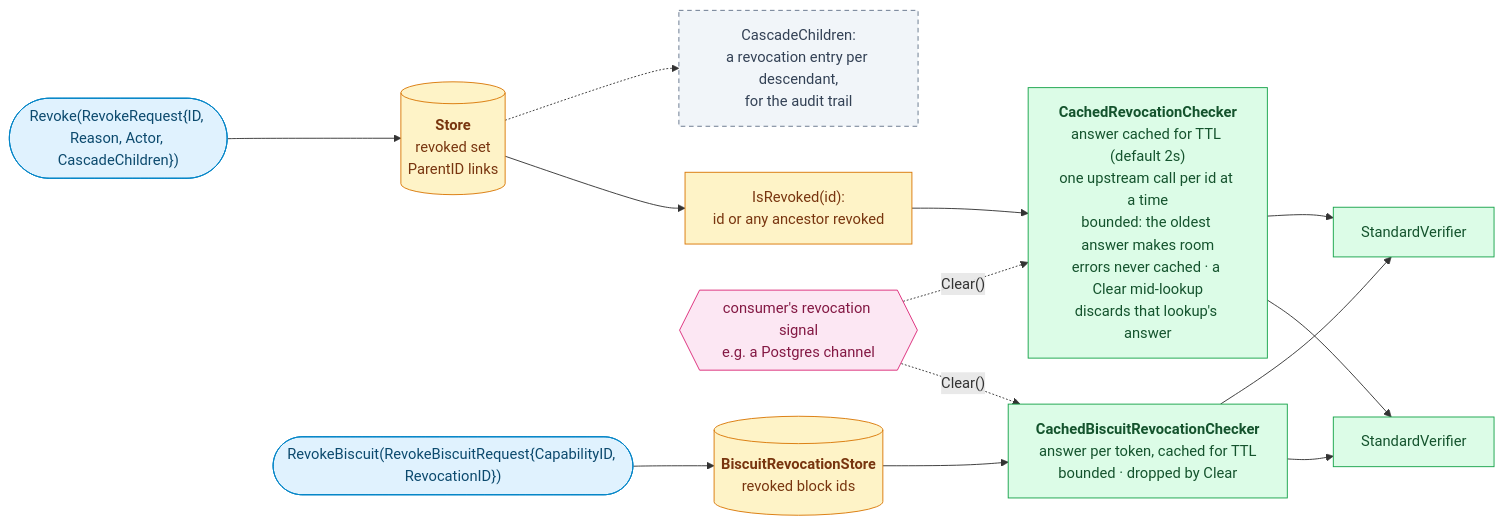
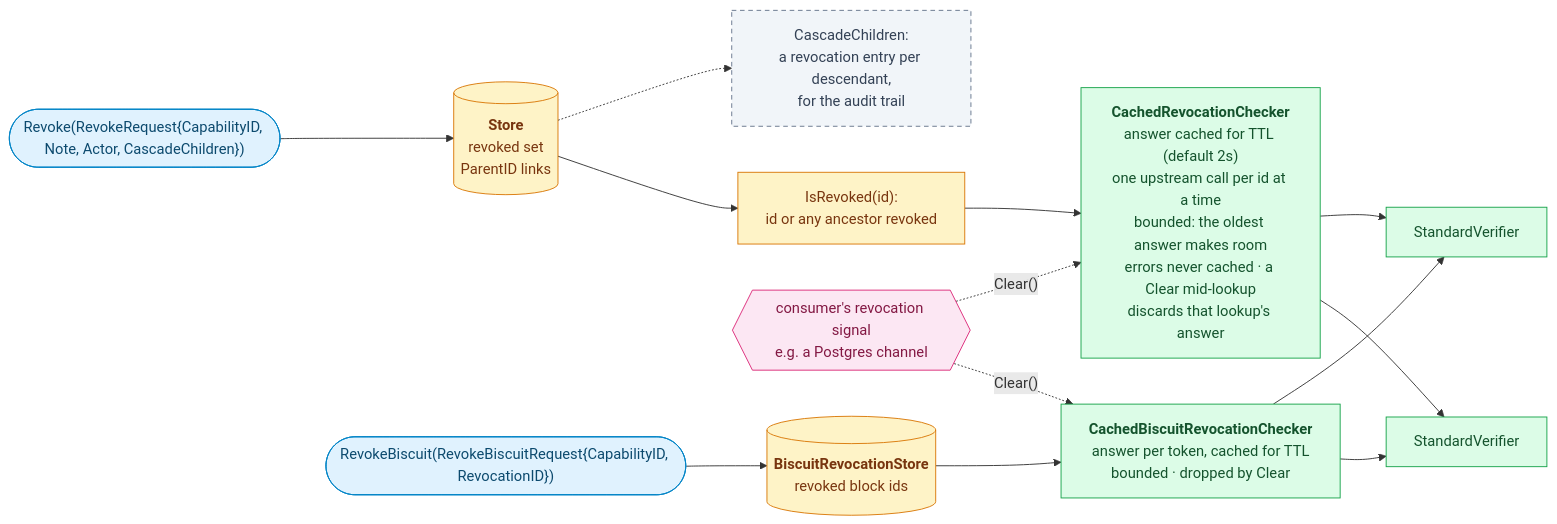
Diagram 11 of 11 in docs/diagrams.md (oleg-tkachuk/limes), drawn with Mermaid before and after one commit. The commit also changed other lines of this file and 2 other files, not shown here.

````diff
--- a/docs/diagrams.md
+++ b/docs/diagrams.md
@@ -694,36 +694,36 @@
 ```mermaid
 flowchart LR
-    op(["Revoke(RevokeRequest{ID, Reason, Actor, CascadeChildren})"])
+    op(["Revoke(RevokeRequest{CapabilityID, Note, Actor, CascadeChildren})"])
     store[("<b>Store</b><br/>revoked set<br/>ParentID links")]
     cascade["CascadeChildren:<br/>a revocation entry per descendant,<br/>for the audit trail"]
     chain["IsRevoked(id):<br/>id or any ancestor revoked"]
     cache["<b>CachedRevocationChecker</b><br/>answer cached for TTL (default 2s)<br/>one upstream call per id at a time<br/>bounded: the oldest answer makes room<br/>errors never cached · a Clear mid-lookup<br/>discards that lookup's answer"]
     notify{{"consumer's revocation signal<br/>e.g. a Postgres channel"}}
     bop(["RevokeBiscuit(RevokeBiscuitRequest{CapabilityID, RevocationID})"])
     blist[("<b>BiscuitRevocationStore</b><br/>revoked block ids")]
     bcache["<b>CachedBiscuitRevocationChecker</b><br/>answer per token, cached for TTL<br/>bounded · dropped by Clear"]
     v1["StandardVerifier"]
     v2["StandardVerifier"]
 
     op --> store
     store -.-> cascade
     store --> chain --> cache
     cache --> v1
     cache --> v2
     notify -. "Clear()" .-> cache
     bop --> blist --> bcache
     bcache --> v1
     bcache --> v2
     notify -. "Clear()" .-> bcache
 
     classDef client fill:#E0F2FE,stroke:#0284C7,color:#0C4A6E
     classDef role fill:#DCFCE7,stroke:#16A34A,color:#14532D
     classDef optional fill:#F1F5F9,stroke:#64748B,color:#334155,stroke-dasharray:5 4
     classDef store fill:#FEF3C7,stroke:#D97706,color:#78350F
     classDef external fill:#FCE7F3,stroke:#DB2777,color:#831843
     class op,bop client
     class v1,v2,cache,bcache role
     class cascade optional
     class store,chain,blist store
     class notify external
 ```
````
